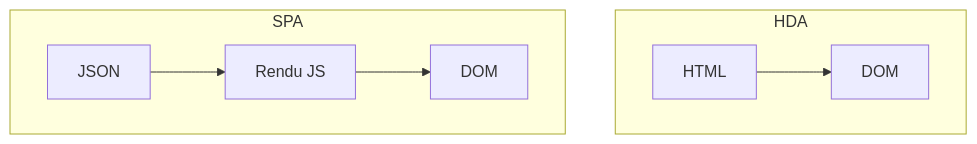
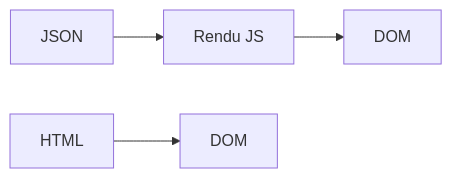
One commit to StephaneTrebel/htmx-de-maniere-simplix changed the diagram in presentation/slides/40-conclusions.md. Above: the diagram before and after it, drawn with Mermaid. The commit also changed 7 other files, not shown here.

````diff
--- a/presentation/slides/40-conclusions.md
+++ b/presentation/slides/40-conclusions.md
@@ -72,9 +72,5 @@
 ```mermaid
-graph TD
-    subgraph HDA
-        H["HTML"] --> D2["DOM"]
-    end
-    subgraph SPA
-        J["JSON"] --> R["Rendu JS"] --> D["DOM"]
-    end
+graph LR
+    J["JSON"] --> R["Rendu JS"] --> D["DOM"]
+    H["HTML"] --> D2["DOM"]
 ```
````
